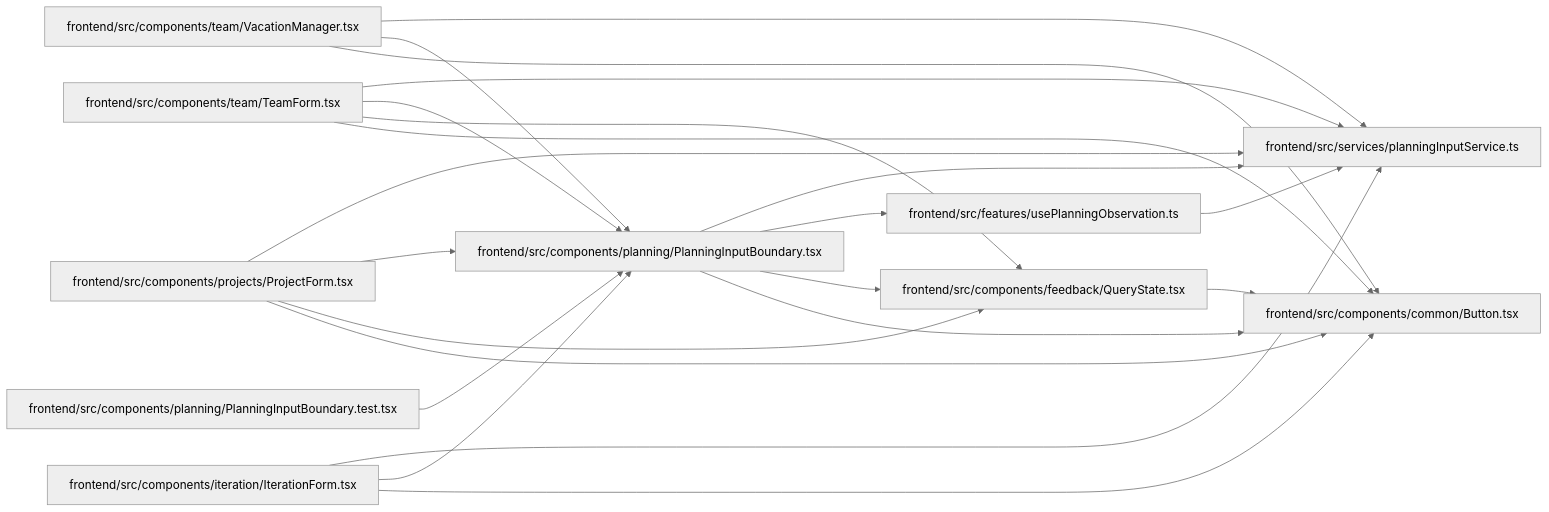
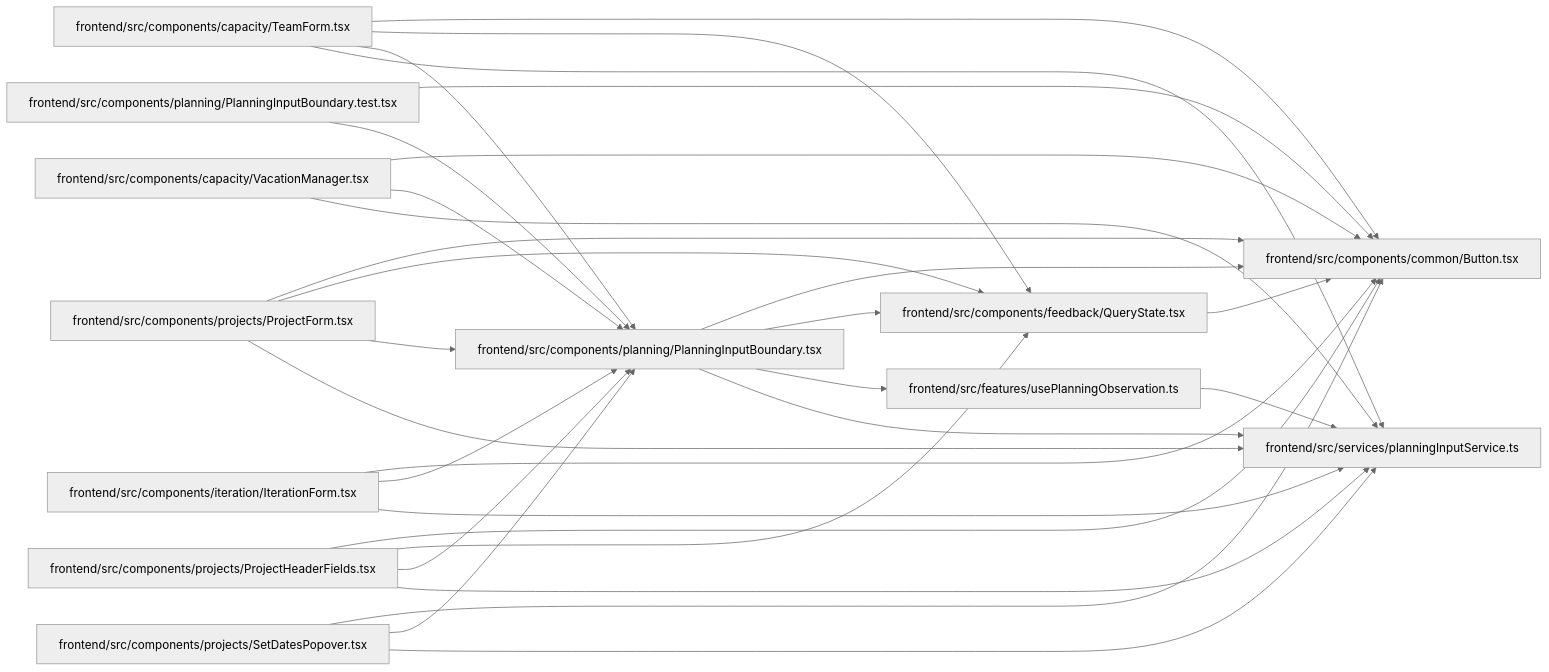
The diagram in docs/llm_wiki/modules/PlanningInputBoundary.md (Denissvgn/WorkChord), drawn with Mermaid (neutral theme) before and after one commit. The commit also changed other lines of this file and 2373 other files, not shown here.

````diff
--- a/docs/llm_wiki/modules/PlanningInputBoundary.md
+++ b/docs/llm_wiki/modules/PlanningInputBoundary.md
@@ -32,44 +33,56 @@
 ```mermaid
 flowchart LR
-    n0["frontend/src/components/common/Button.tsx"]
-    n1["frontend/src/components/feedback/QueryState.tsx"]
-    n2["frontend/src/components/iteration/IterationForm.tsx"]
-    n3["frontend/src/components/planning/PlanningInputBoundary.test.tsx"]
-    n4["frontend/src/components/planning/PlanningInputBoundary.tsx"]
-    n5["frontend/src/components/projects/ProjectForm.tsx"]
-    n6["frontend/src/components/team/TeamForm.tsx"]
-    n7["frontend/src/components/team/VacationManager.tsx"]
-    n8["frontend/src/features/usePlanningObservation.ts"]
-    n9["frontend/src/services/planningInputService.ts"]
-    n1 --> n0
-    n2 --> n0
-    n2 --> n4
-    n2 --> n9
-    n3 --> n4
-    n4 --> n0
-    n4 --> n1
-    n4 --> n8
-    n4 --> n9
-    n5 --> n0
-    n5 --> n1
-    n5 --> n4
-    n5 --> n9
-    n6 --> n0
-    n6 --> n1
-    n6 --> n4
-    n6 --> n9
-    n7 --> n0
-    n7 --> n4
-    n7 --> n9
-    n8 --> n9
-    click n0 "../modules/Button.md"
-    click n1 "../modules/QueryState.md"
-    click n2 "../modules/IterationForm.md"
-    click n3 "../modules/PlanningInputBoundary.test.md"
-    click n4 "../modules/PlanningInputBoundary.md"
-    click n5 "../modules/ProjectForm.md"
-    click n6 "../modules/TeamForm.md"
-    click n7 "../modules/VacationManager.md"
-    click n8 "../modules/usePlanningObservation.md"
-    click n9 "../modules/planningInputService.md"
+    n0["frontend/src/components/capacity/TeamForm.tsx"]
+    n1["frontend/src/components/capacity/VacationManager.tsx"]
+    n2["frontend/src/components/common/Button.tsx"]
+    n3["frontend/src/components/feedback/QueryState.tsx"]
+    n4["frontend/src/components/iteration/IterationForm.tsx"]
+    n5["frontend/src/components/planning/PlanningInputBoundary.test.tsx"]
+    n6["frontend/src/components/planning/PlanningInputBoundary.tsx"]
+    n7["frontend/src/components/projects/ProjectForm.tsx"]
+    n8["frontend/src/components/projects/ProjectHeaderFields.tsx"]
+    n9["frontend/src/components/projects/SetDatesPopover.tsx"]
+    n10["frontend/src/features/usePlanningObservation.ts"]
+    n11["frontend/src/services/planningInputService.ts"]
+    n0 --> n2
+    n0 --> n3
+    n0 --> n6
+    n0 --> n11
+    n1 --> n2
+    n1 --> n6
+    n1 --> n11
+    n3 --> n2
+    n4 --> n2
+    n4 --> n6
+    n4 --> n11
+    n5 --> n2
+    n5 --> n6
+    n6 --> n2
+    n6 --> n3
+    n6 --> n10
+    n6 --> n11
+    n7 --> n2
+    n7 --> n3
+    n7 --> n6
+    n7 --> n11
+    n8 --> n2
+    n8 --> n3
+    n8 --> n6
+    n8 --> n11
+    n9 --> n2
+    n9 --> n6
+    n9 --> n11
+    n10 --> n11
+    click n0 "../modules/TeamForm.md"
+    click n1 "../modules/VacationManager.md"
+    click n2 "../modules/Button.md"
+    click n3 "../modules/QueryState.md"
+    click n4 "../modules/IterationForm.md"
+    click n5 "../modules/PlanningInputBoundary.test.md"
+    click n6 "../modules/PlanningInputBoundary.md"
+    click n7 "../modules/ProjectForm.md"
+    click n8 "../modules/ProjectHeaderFields.md"
+    click n9 "../modules/SetDatesPopover.md"
+    click n10 "../modules/usePlanningObservation.md"
+    click n11 "../modules/planningInputService.md"
 ```
````
